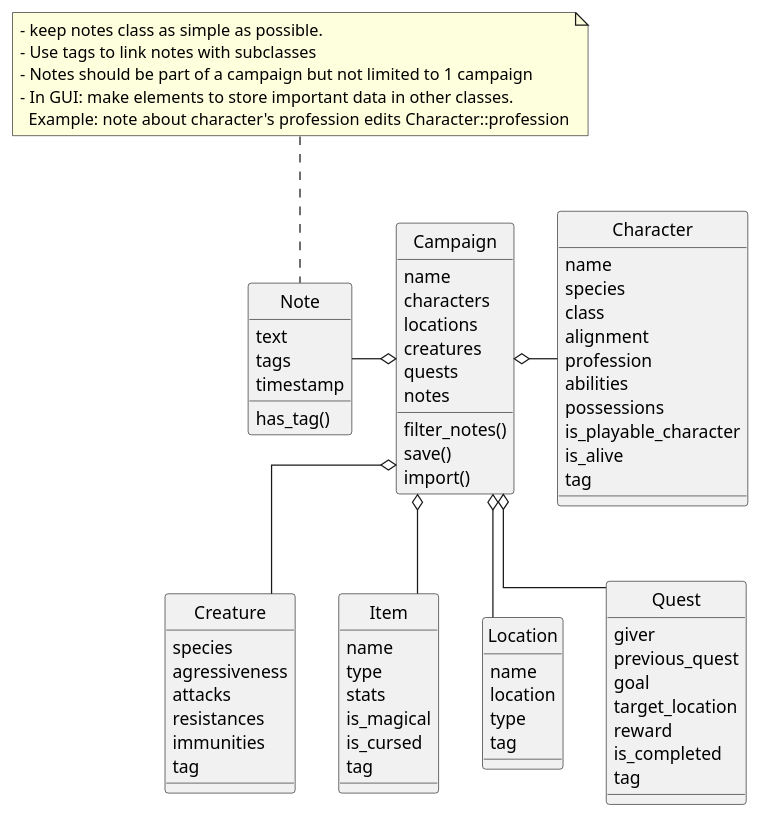
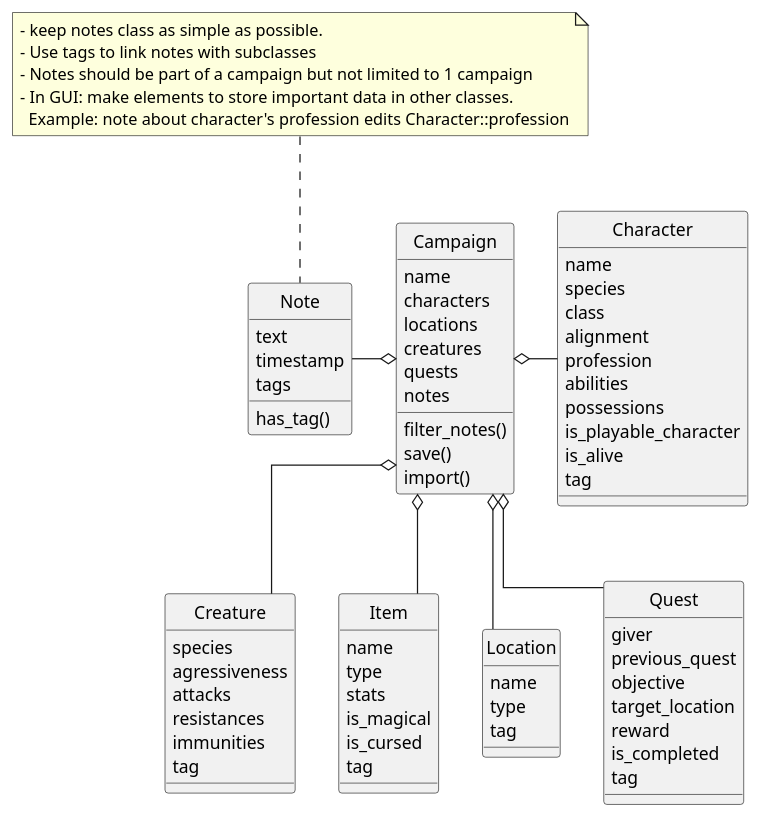
Before and after one commit to RemyKroese/FantasyNotes: the diagram in docs/diagrams/src/project_architecture.puml, drawn with PlantUML. The commit also changed 3 other files, not shown here.

```diff
--- a/docs/diagrams/src/project_architecture.puml
+++ b/docs/diagrams/src/project_architecture.puml
@@ -1,79 +1,78 @@
 @startuml Project architecture
 skinparam linetype ortho
 skinparam style strictuml
 class Campaign {
     name
     characters
     locations
     creatures
     quests
     notes
     filter_notes()
     save()
     import()
 }
 class Character {
     name
     species
     class
     alignment
     profession
     abilities
     possessions
     is_playable_character
     is_alive
     tag
 }
 class Creature {
     species
     agressiveness
     attacks
     resistances
     immunities
     tag
 }
 class Item {
     name
     type
     stats
     is_magical
     is_cursed
     tag
 }
 class Location {
     name
-    location
     type
     tag
 }
 class Quest {
     giver
     previous_quest
-    goal
+    objective
     target_location
     reward
     is_completed
     tag
 }
 class Note {
     text
+    timestamp
     tags
-    timestamp
     has_tag()
 }
 
 Campaign o-right- Character
 Campaign o-down- Creature
 Campaign o-down- Item
 Campaign o-down- Location
 Campaign o-down- Quest
 Campaign o-left- Note
 
 note top of Note
 - keep notes class as simple as possible.
 - Use tags to link notes with subclasses
 - Notes should be part of a campaign but not limited to 1 campaign
 - In GUI: make elements to store important data in other classes.
   Example: note about character's profession edits Character::profession
 end note
 @enduml
```
